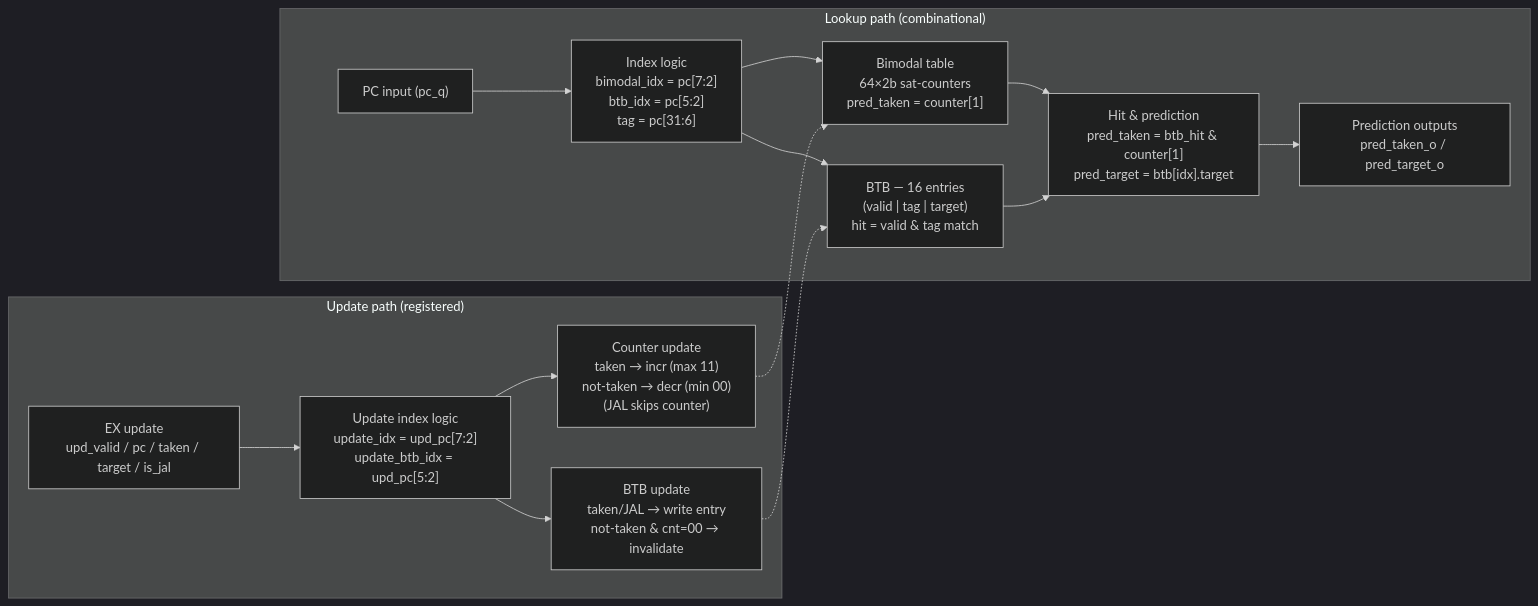
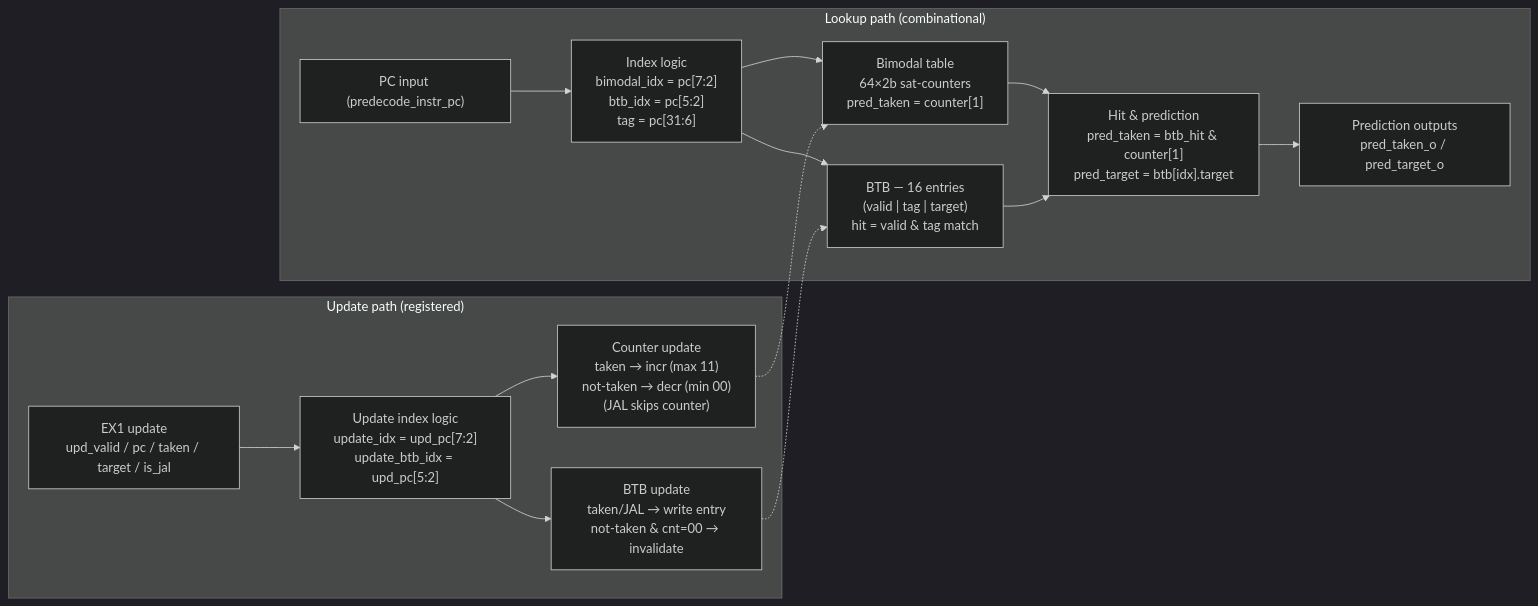
One commit to vladdum/kronos-riscv changed the second of 9 diagrams in docs/architecture.md. Above: the diagram before and after it, drawn with Mermaid (dark theme). The commit also changed other lines of this file, not shown here.

Commit message:
docs(architecture): frontend, pipeline, hazards, EX, FPU at stage 7e

````diff
--- a/docs/architecture.md
+++ b/docs/architecture.md
@@ -205,18 +168,19 @@
 ```mermaid
+%% depicts: stage7e
 flowchart LR
     subgraph lookup["Lookup path (combinational)"]
-        pc_in["PC input (pc_q)"] --> idx["Index logic<br>bimodal_idx = pc[7:2]<br>btb_idx = pc[5:2]<br>tag = pc[31:6]"]
+        pc_in["PC input (predecode_instr_pc)"] --> idx["Index logic<br>bimodal_idx = pc[7:2]<br>btb_idx = pc[5:2]<br>tag = pc[31:6]"]
         idx --> bimodal["Bimodal table<br>64×2b sat-counters<br>pred_taken = counter[1]"]
         idx --> btb["BTB — 16 entries<br>(valid | tag | target)<br>hit = valid & tag match"]
         bimodal --> hit["Hit & prediction<br>pred_taken = btb_hit & counter[1]<br>pred_target = btb[idx].target"]
         btb --> hit
         hit --> pred_out["Prediction outputs<br>pred_taken_o / pred_target_o"]
     end
     subgraph update["Update path (registered)"]
-        upd_in["EX update<br>upd_valid / pc / taken / target / is_jal"] --> upd_idx["Update index logic<br>update_idx = upd_pc[7:2]<br>update_btb_idx = upd_pc[5:2]"]
+        upd_in["EX1 update<br>upd_valid / pc / taken / target / is_jal"] --> upd_idx["Update index logic<br>update_idx = upd_pc[7:2]<br>update_btb_idx = upd_pc[5:2]"]
         upd_idx --> cupd["Counter update<br>taken → incr (max 11)<br>not-taken → decr (min 00)<br>(JAL skips counter)"]
         upd_idx --> bupd["BTB update<br>taken/JAL → write entry<br>not-taken & cnt=00 → invalidate"]
     end
     cupd -.-> bimodal
     bupd -.-> btb
 ```
````
